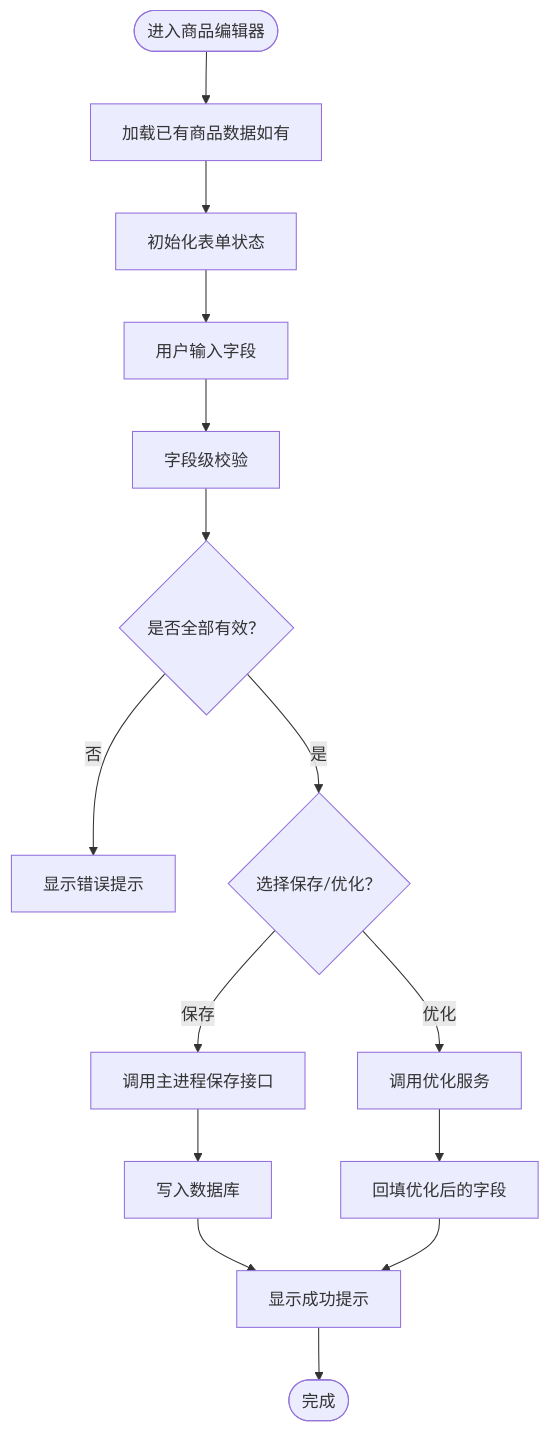
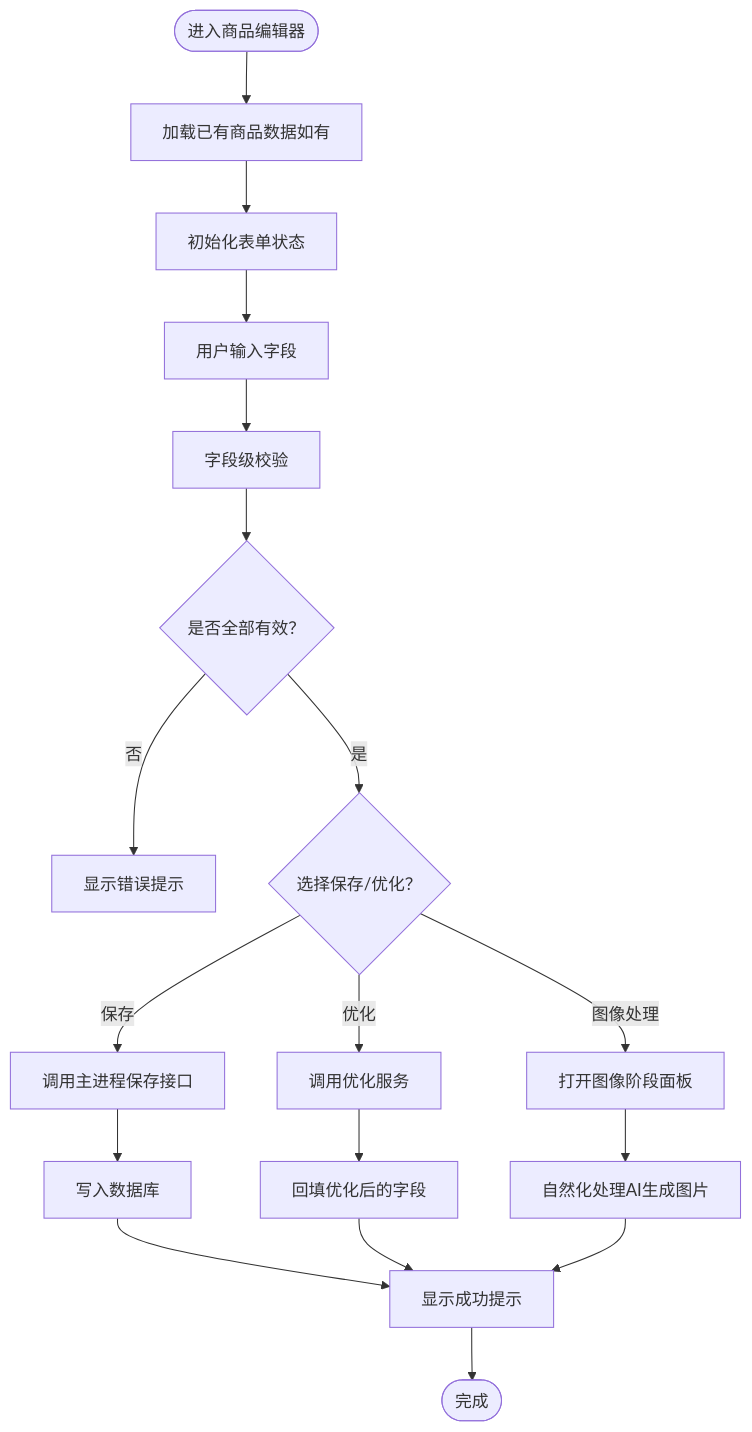
Before and after one commit to iljahofbauer219-lang/yandu: the third of 5 diagrams in .qoder/repowiki/zh/content/系统架构/渲染进程架构/Ebay本地商品编辑器/商品表单管理.md, drawn with Mermaid. The commit also changed other lines of this file and 3071 other files, not shown here.

````diff
--- a/.qoder/repowiki/zh/content/系统架构/渲染进程架构/Ebay本地商品编辑器/商品表单管理.md
+++ b/.qoder/repowiki/zh/content/系统架构/渲染进程架构/Ebay本地商品编辑器/商品表单管理.md
@@ -161,17 +139,20 @@
 ```mermaid
 flowchart TD
 Start(["进入商品编辑器"]) --> LoadData["加载已有商品数据如有"]
 LoadData --> InitState["初始化表单状态"]
 InitState --> Input["用户输入字段"]
 Input --> Validate["字段级校验"]
 Validate --> Valid{"是否全部有效？"}
 Valid --> |否| ShowError["显示错误提示"]
 Valid --> |是| SaveAction{"选择保存/优化？"}
 SaveAction --> |保存| CallSave["调用主进程保存接口"]
 SaveAction --> |优化| CallOptimize["调用优化服务"]
+SaveAction --> |图像处理| OpenImagePanel["打开图像阶段面板"]
 CallSave --> Persist["写入数据库"]
 CallOptimize --> UpdateFields["回填优化后的字段"]
+OpenImagePanel --> Naturalize["自然化处理AI生成图片"]
 Persist --> Success["显示成功提示"]
 UpdateFields --> Success
+Naturalize --> Success
 Success --> End(["完成"])
 ```
````
